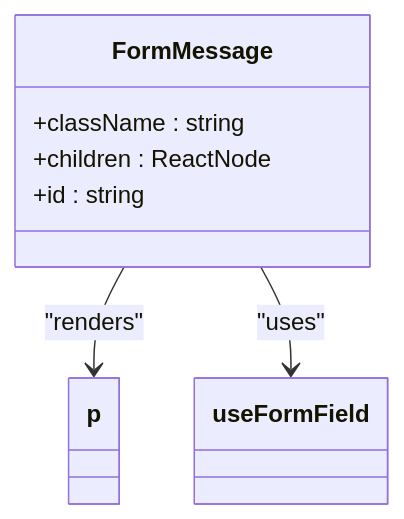
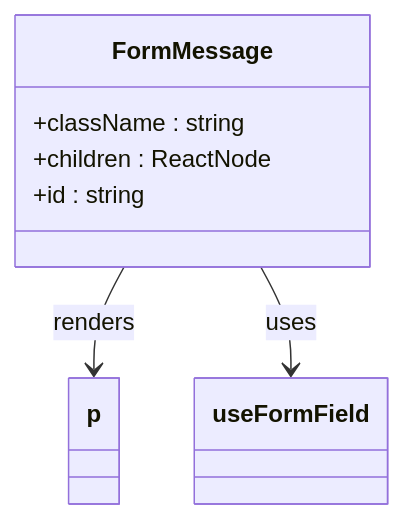
Before and after one commit to mohjak/sc-dof: the seventh of 7 diagrams in .qoder/repowiki/en/content/Component Reference/UI Component Library/Form Component.md, drawn with Mermaid. The commit also changed other lines of this file and 68 other files, not shown here.

First line of the commit message:
docs(docs): update component architecture docs with markdown formatting fixes

````diff
--- a/.qoder/repowiki/en/content/Component Reference/UI Component Library/Form Component.md
+++ b/.qoder/repowiki/en/content/Component Reference/UI Component Library/Form Component.md
@@ -171,10 +169,10 @@
 ```mermaid
 classDiagram
 class FormMessage {
 +className : string
 +children : ReactNode
 +id : string
 }
-FormMessage --> p : "renders"
-FormMessage --> useFormField : "uses"
+FormMessage --> p : renders
+FormMessage --> useFormField : uses
 ```
````
